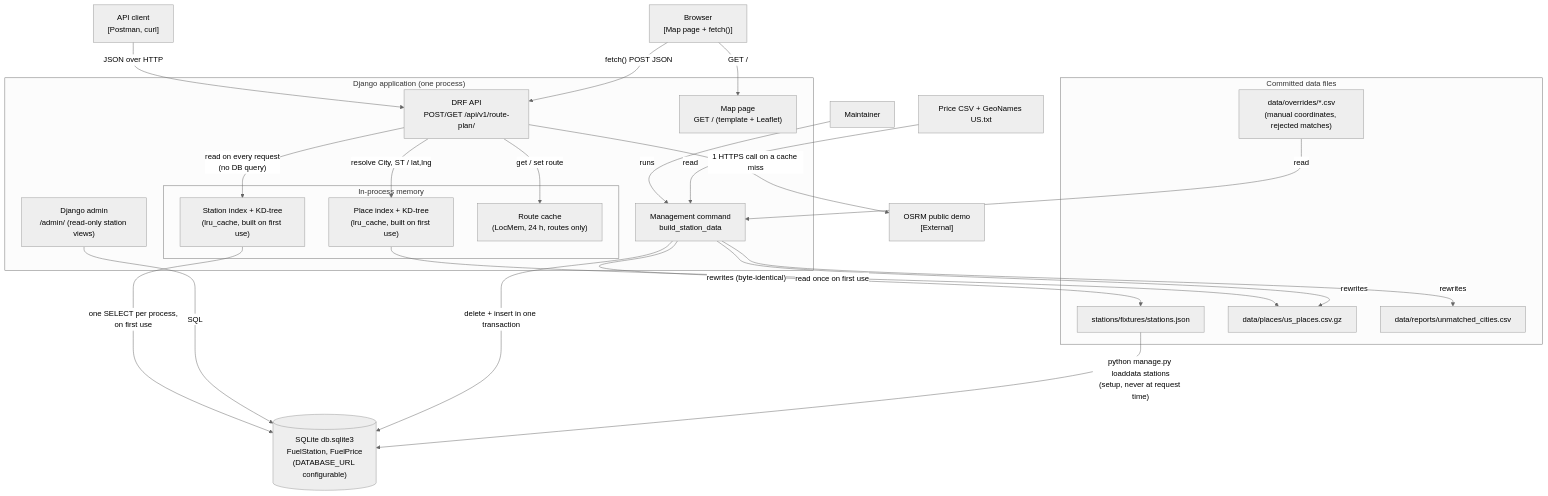
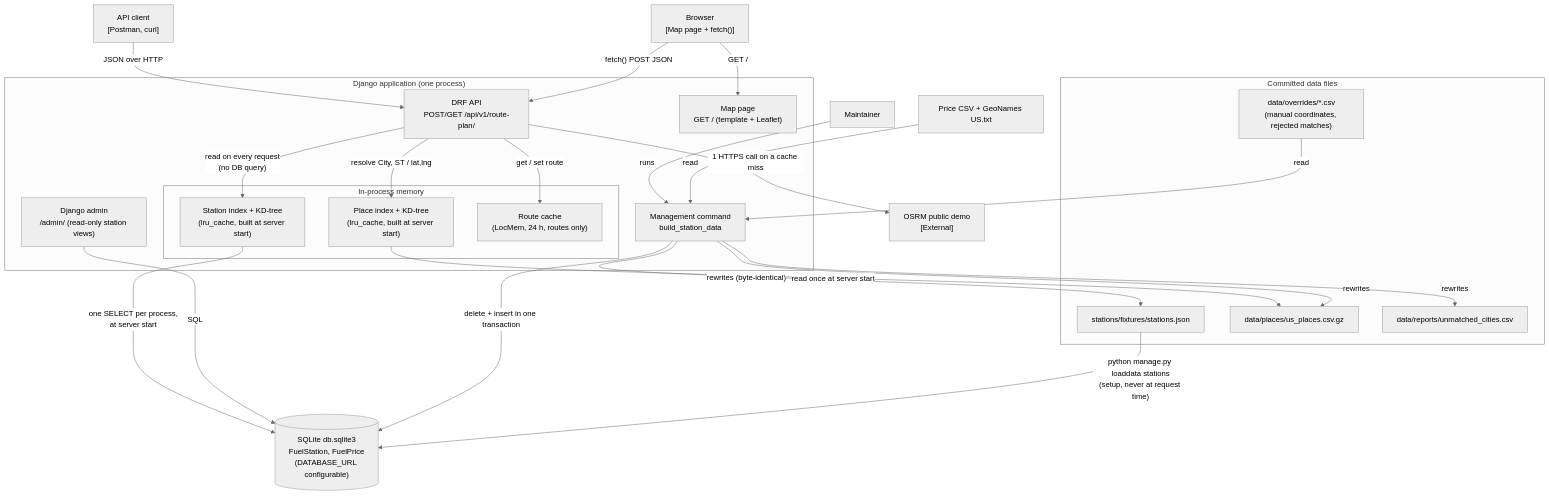
Before and after one commit to aboalynx/fuel-route-optimizer: the second of 4 diagrams in docs/architecture.md, drawn with Mermaid (neutral theme). The commit also changed other lines of this file and 7 other files, not shown here.

First line of the commit message:
perf: load the place and station indexes at server start

````diff
--- a/docs/architecture.md
+++ b/docs/architecture.md
@@ -40,49 +40,49 @@
 ```mermaid
 flowchart TB
     browser["Browser<br/>[Map page + fetch()]"]
     client["API client<br/>[Postman, curl]"]
     maintainer["Maintainer"]
 
     subgraph django["Django application (one process)"]
         api["DRF API<br/>POST/GET /api/v1/route-plan/"]
         web["Map page<br/>GET / (template + Leaflet)"]
         admin["Django admin<br/>/admin/ (read-only station views)"]
         cmd["Management command<br/>build_station_data"]
         subgraph memory["In-process memory"]
-            sindex["Station index + KD-tree<br/>(lru_cache, built on first use)"]
-            pindex["Place index + KD-tree<br/>(lru_cache, built on first use)"]
+            sindex["Station index + KD-tree<br/>(lru_cache, built at server start)"]
+            pindex["Place index + KD-tree<br/>(lru_cache, built at server start)"]
             rcache["Route cache<br/>(LocMem, 24 h, routes only)"]
         end
     end
 
     db[("SQLite db.sqlite3<br/>FuelStation, FuelPrice<br/>(DATABASE_URL configurable)")]
 
     subgraph files["Committed data files"]
         fixture["stations/fixtures/stations.json"]
         places["data/places/us_places.csv.gz"]
         unmatched["data/reports/unmatched_cities.csv"]
         overrides["data/overrides/*.csv<br/>(manual coordinates, rejected matches)"]
     end
 
     osrm["OSRM public demo<br/>[External]"]
     csv["Price CSV + GeoNames US.txt"]
 
     client -- "JSON over HTTP" --> api
     browser -- "GET /" --> web
     browser -- "fetch() POST JSON" --> api
     api -- "read on every request<br/>(no DB query)" --> sindex
     api -- "resolve City, ST / lat,lng" --> pindex
     api -- "get / set route" --> rcache
     api -- "1 HTTPS call on a cache miss" --> osrm
-    sindex -- "one SELECT per process,<br/>on first use" --> db
-    pindex -- "read once on first use" --> places
+    sindex -- "one SELECT per process,<br/>at server start" --> db
+    pindex -- "read once at server start" --> places
     admin -- "SQL" --> db
     maintainer -- "runs" --> cmd
     csv -- "read" --> cmd
     overrides -- "read" --> cmd
     cmd -- "delete + insert in one transaction" --> db
     cmd -- "rewrites (byte-identical)" --> fixture
     cmd -- "rewrites" --> places
     cmd -- "rewrites" --> unmatched
     fixture -- "python manage.py loaddata stations<br/>(setup, never at request time)" --> db
 ```
````
